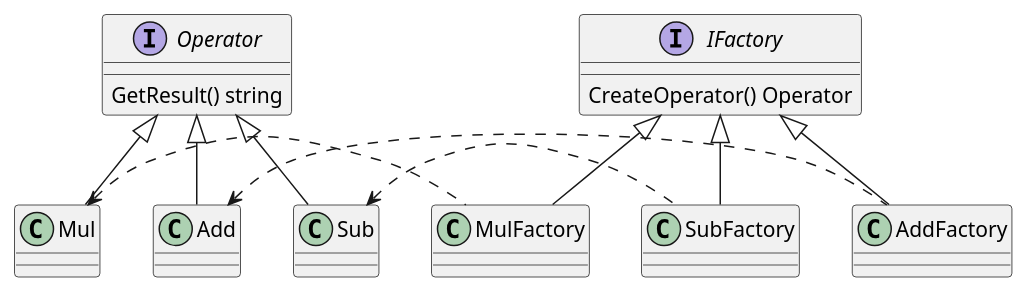
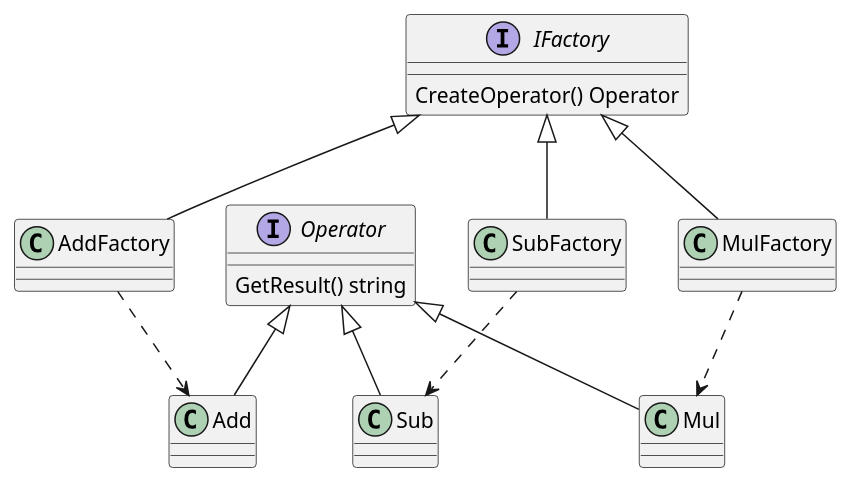
The second of 3 diagrams in 学习中心/01-技术栈/系统设计/设计模式/工厂模式.md (ningzhaoxing/study_note), drawn with PlantUML before and after one commit. The commit also changed other lines of this file and 182 other files, not shown here.

````diff
--- a/学习中心/01-技术栈/系统设计/设计模式/工厂模式.md
+++ b/学习中心/01-技术栈/系统设计/设计模式/工厂模式.md
@@ -50,36 +102,29 @@
 ```plantuml
 interface Operator {
-	GetResult() string
+    GetResult() string
 }
 
-class Add {
-}
-
-class Sub {
-}
-
+class Add {}
+class Sub {}
 class Mul {}
 
 Add --u|> Operator
 Sub --u|> Operator
 Mul --u|> Operator
 
 interface IFactory {
-	CreateOperator() Operator
+    CreateOperator() Operator
 }
 
-class AddFactory {
-}
-
+class AddFactory {}
 class SubFactory {}
-
 class MulFactory {}
 
 AddFactory --u|> IFactory
 SubFactory --u|> IFactory
 MulFactory --u|> IFactory
 
-AddFactory ..l> Add
-SubFactory ..l> Sub
-MulFactory ..l> Mul
+AddFactory ..> Add
+SubFactory ..> Sub
+MulFactory ..> Mul
 ```
````
